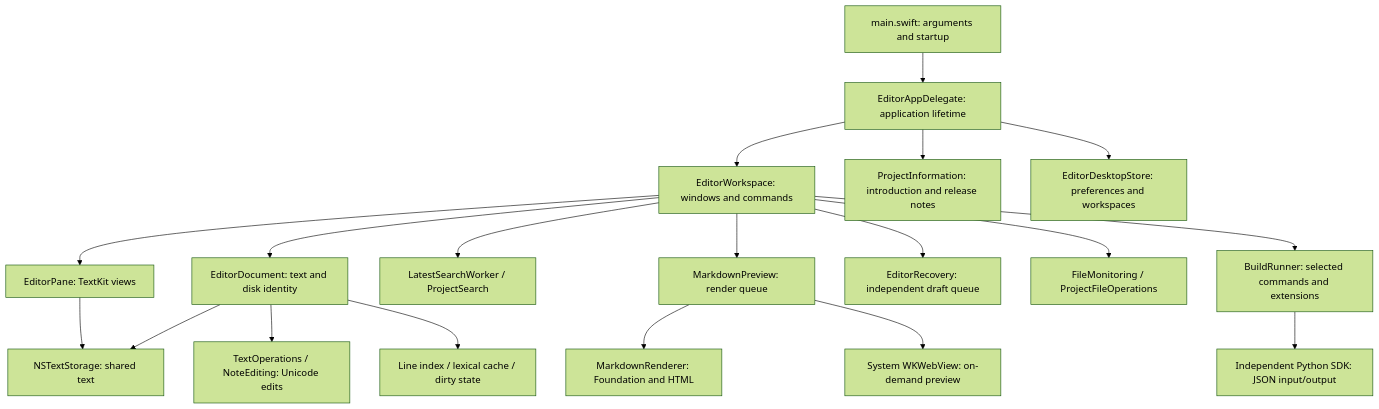
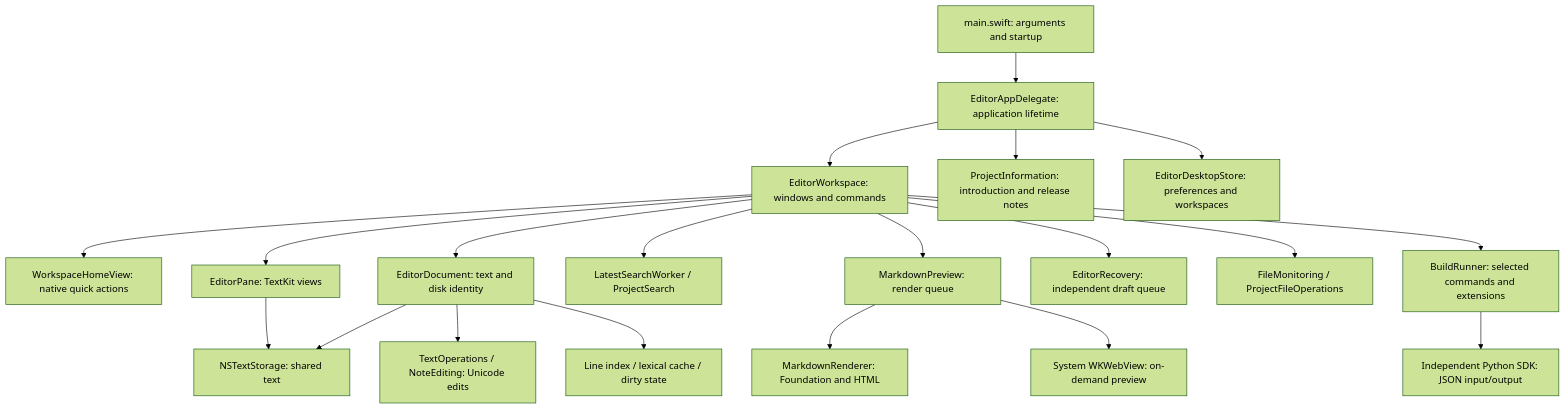
The diagram in docs/architecture.md (ziqi-wlb/OpenSourceEditor), drawn with Mermaid (forest theme) before and after one commit. The commit also changed other lines of this file and 33 other files, not shown here.

Commit message:
feat(editor): add workspace home and sidebar buttons

````diff
--- a/docs/architecture.md
+++ b/docs/architecture.md
@@ -9,21 +9,22 @@
 ```mermaid
 flowchart TB
     entry[main.swift: arguments and startup] --> app[EditorAppDelegate: application lifetime]
     app --> workspace[EditorWorkspace: windows and commands]
     app --> information[ProjectInformation: introduction and release notes]
+    workspace --> home[WorkspaceHomeView: native quick actions]
     workspace --> doc[EditorDocument: text and disk identity]
     workspace --> panes[EditorPane: TextKit views]
     panes --> storage[NSTextStorage: shared text]
     doc --> storage
     doc --> operations[TextOperations / NoteEditing: Unicode edits]
     doc --> indexes[Line index / lexical cache / dirty state]
     workspace --> search[LatestSearchWorker / ProjectSearch]
     workspace --> preview[MarkdownPreview: render queue]
     preview --> renderer[MarkdownRenderer: Foundation and HTML]
     preview --> web[System WKWebView: on-demand preview]
     workspace --> recovery[EditorRecovery: independent draft queue]
     app --> desktop[EditorDesktopStore: preferences and workspaces]
     workspace --> files[FileMonitoring / ProjectFileOperations]
     workspace --> services[BuildRunner: selected commands and extensions]
     services --> python[Independent Python SDK: JSON input/output]
 ```
````
